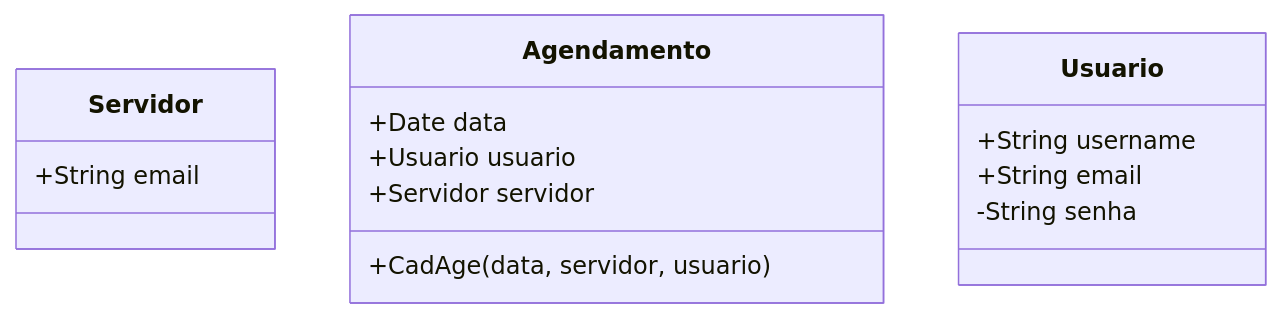
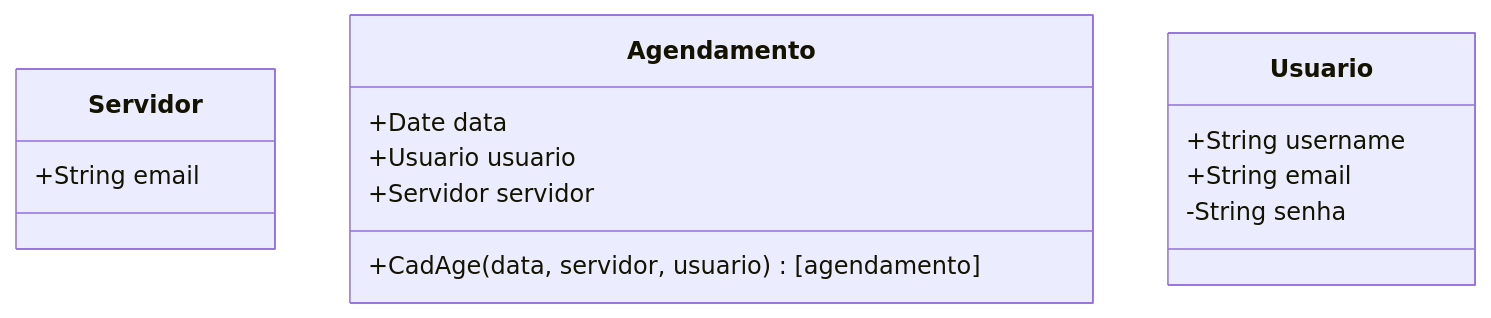
Before and after one commit to Gedsonfa/ScheduleSphere: the diagram in Documentacao/README.md, drawn with Mermaid. The commit also changed 1 other file, not shown here.

Commit message:
Diagrama de Classes

````diff
--- a/Documentacao/README.md
+++ b/Documentacao/README.md
@@ -1,18 +1,18 @@
 ```mermaid
 
     classDiagram
     class Servidor
     Servidor : +String email
 
     class Agendamento
     Agendamento : +Date data
     Agendamento : +Usuario usuario
     Agendamento : +Servidor servidor
-    Agendamento : +CadAge(data, servidor, usuario)
+    Agendamento : +CadAge(data, servidor, usuario)[agendamento]
 
     class Usuario
     Usuario : +String username
     Usuario : +String email
     Usuario : -String senha
 
 ```
````
